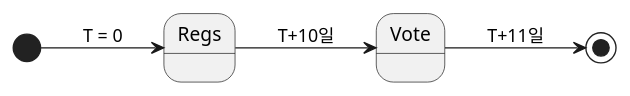
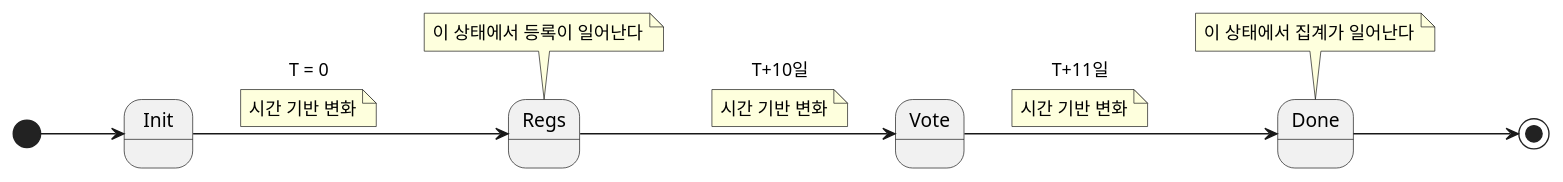
Before and after one commit to jinagada/truffle-sample: the diagram in sample-src/CH03/Ballot-state.puml, drawn with PlantUML. The commit also changed 4 other files, not shown here.

Commit message:
UML 변경 및 추가

```diff
--- a/sample-src/CH03/Ballot-state.puml
+++ b/sample-src/CH03/Ballot-state.puml
@@ -1,8 +1,18 @@
 @startuml
 'https://plantuml.com/state-diagram
 
 left to right direction
-[*] --> Regs : T = 0
+
+[*] --> Init
+Init --> Regs : T = 0
+note on link : 시간 기반 변화
 Regs --> Vote : T+10일
-Vote --> [*] : T+11일
+note on link : 시간 기반 변화
+Vote --> Done : T+11일
+note on link : 시간 기반 변화
+Done --> [*]
+
+note top of Regs : 이 상태에서 등록이 일어난다
+note top of Done : 이 상태에서 집계가 일어난다
+
 @enduml
```
